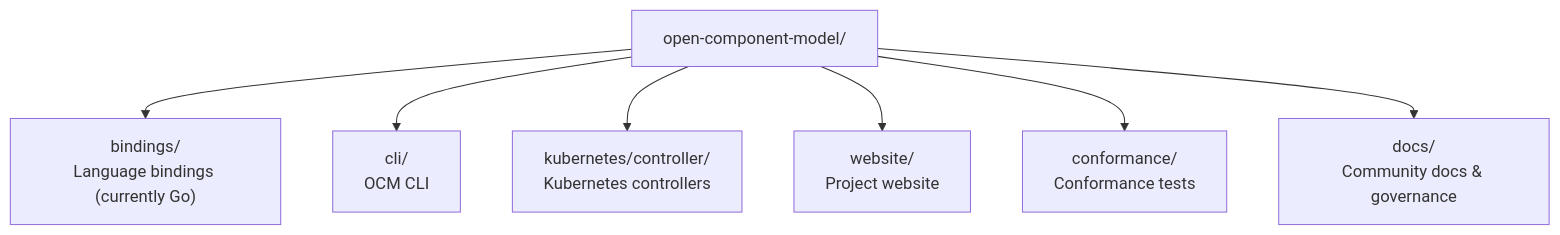
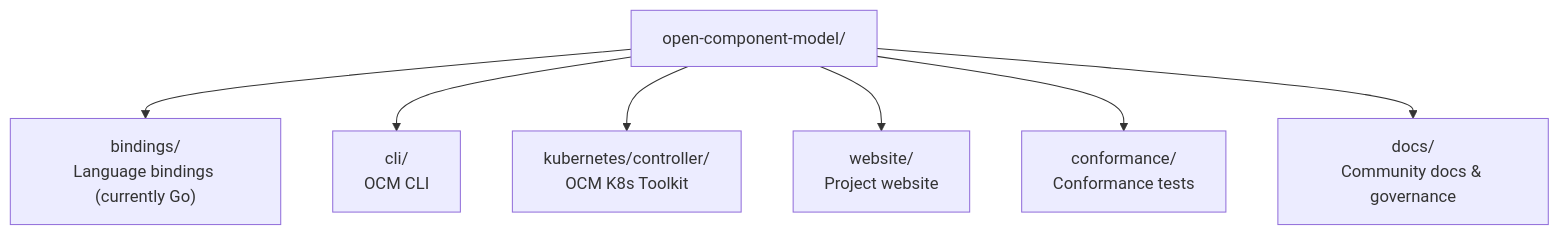
Before and after one commit to open-component-model/open-component-model: the first of 2 diagrams in website/content/community/onboarding.md, drawn with Mermaid. The commit also changed other lines of this file, not shown here.

````diff
--- a/website/content/community/onboarding.md
+++ b/website/content/community/onboarding.md
@@ -59,17 +62,17 @@
 ```mermaid
 graph TD
     Root["open-component-model/"]
     Bindings["bindings/\nLanguage bindings (currently Go)"]
     CLI["cli/\nOCM CLI"]
-    K8s["kubernetes/controller/\nKubernetes controllers"]
+    K8s["kubernetes/controller/\nOCM K8s Toolkit"]
     Website["website/\nProject website"]
     Conformance["conformance/\nConformance tests"]
     Docs["docs/\nCommunity docs & governance"]
 
     Root --> Bindings
     Root --> CLI
     Root --> K8s
     Root --> Website
     Root --> Conformance
     Root --> Docs
 ```
````
